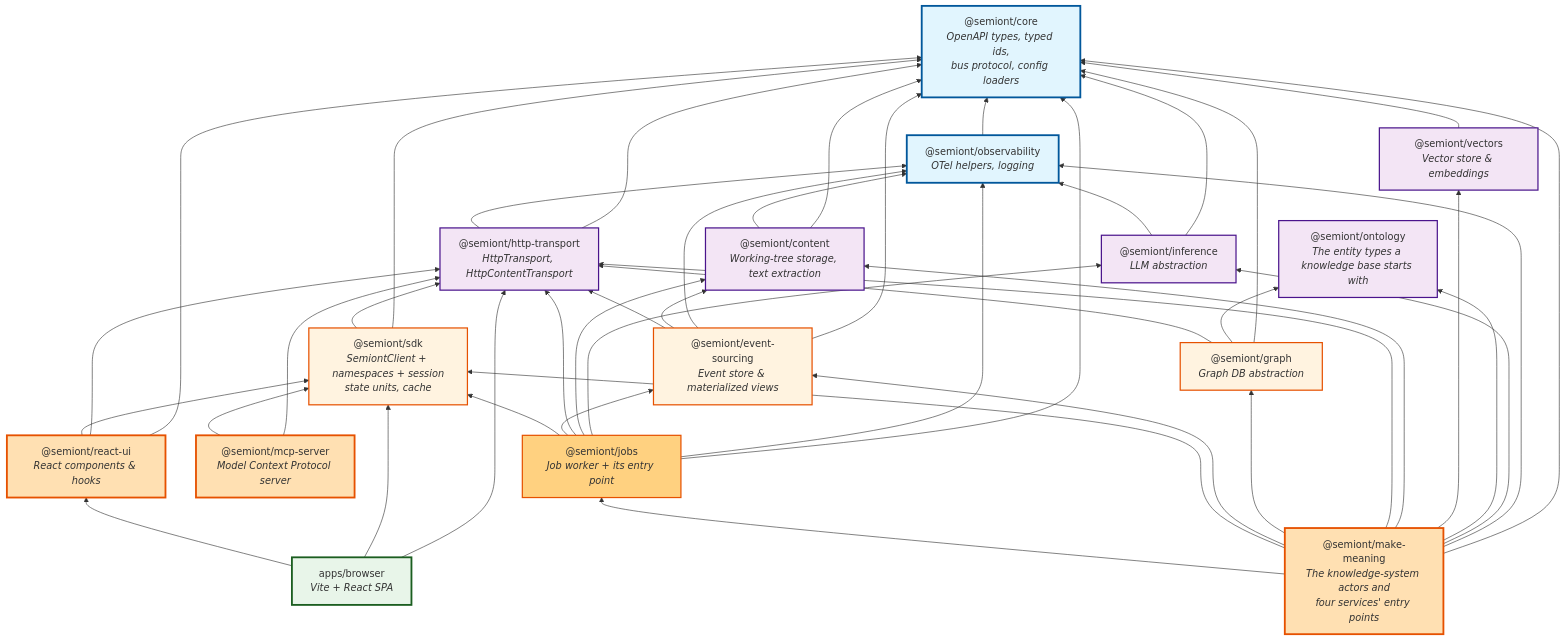
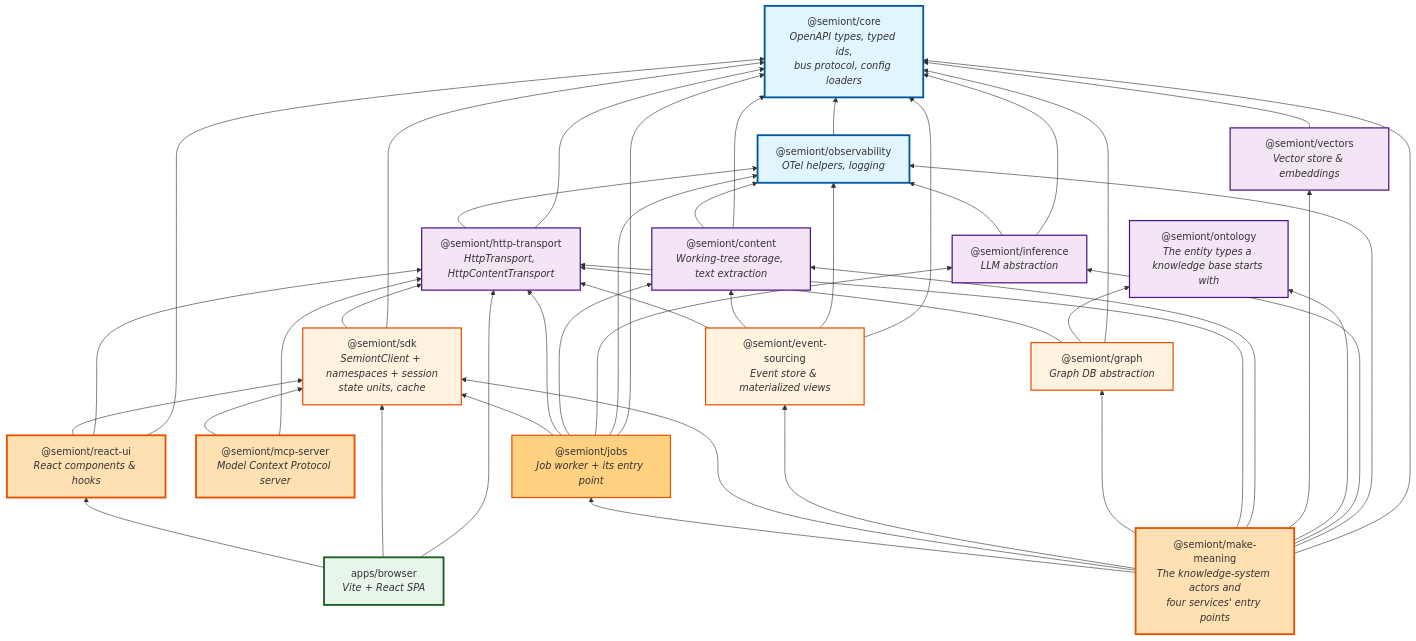
The first of 2 diagrams in docs/architecture/PACKAGE-ARCHITECTURE.md (The-AI-Alliance/semiont), drawn with Mermaid before and after one commit. The commit also changed 563 other files, not shown here.

```diff
--- a/docs/architecture/PACKAGE-ARCHITECTURE.md
+++ b/docs/architecture/PACKAGE-ARCHITECTURE.md
@@ -59,7 +59,6 @@
     mcp --> api
 
     jobs --> sdk
-    jobs --> event
     jobs --> api
     jobs --> content
     jobs --> inference
```
